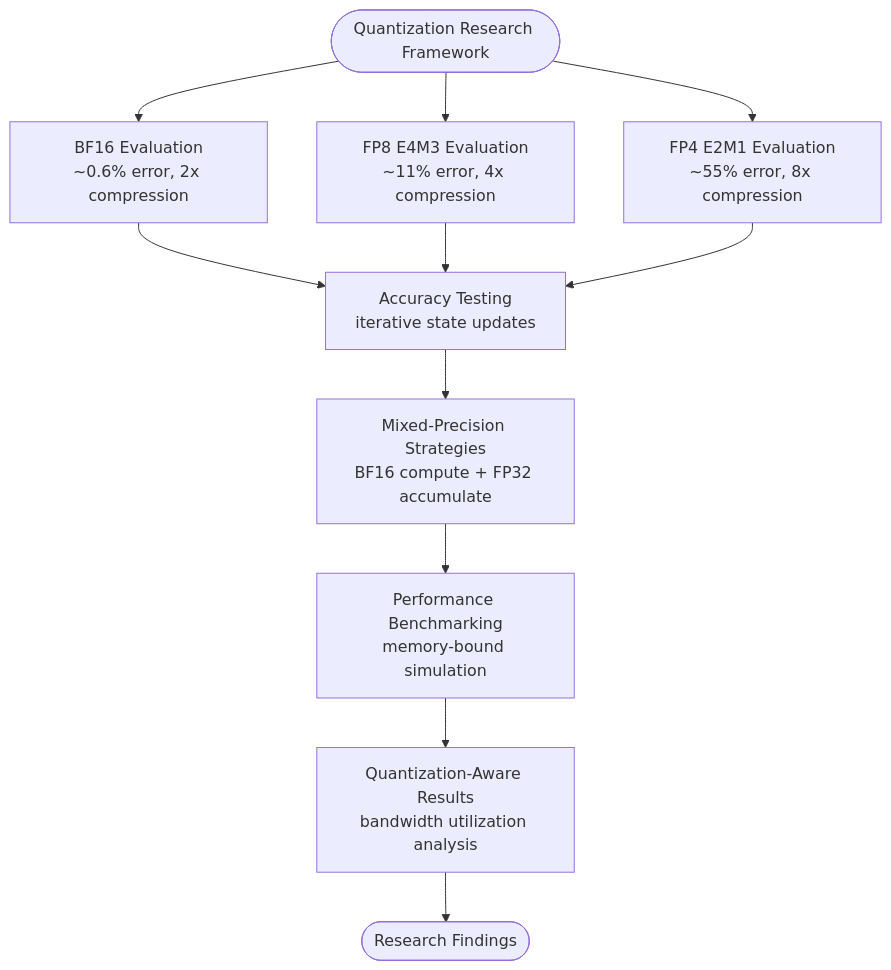
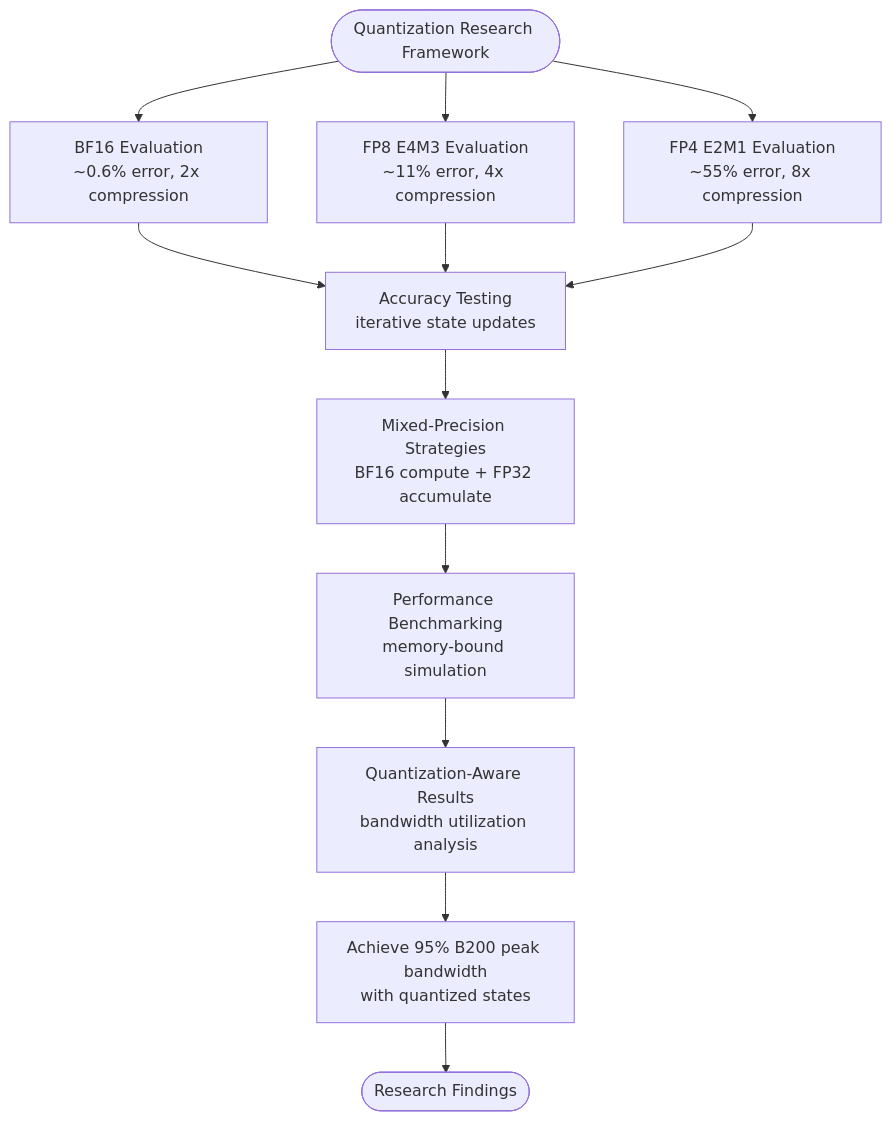
The fourth of 17 diagrams in .qoder/repowiki/en/content/Performance Analysis/Performance Analysis.md (gugudeshubao/flashinfer-bench-tma-thrust), drawn with Mermaid before and after one commit. The commit also changed other lines of this file and 21 other files, not shown here.

````diff
--- a/.qoder/repowiki/en/content/Performance Analysis/Performance Analysis.md
+++ b/.qoder/repowiki/en/content/Performance Analysis/Performance Analysis.md
@@ -417,13 +422,14 @@
 ```mermaid
 flowchart TD
 Start(["Quantization Research Framework"]) --> BF16["BF16 Evaluation<br/>~0.6% error, 2x compression"]
 Start --> FP8["FP8 E4M3 Evaluation<br/>~11% error, 4x compression"]
 Start --> FP4["FP4 E2M1 Evaluation<br/>~55% error, 8x compression"]
 BF16 --> Accuracy["Accuracy Testing<br/>iterative state updates"]
 FP8 --> Accuracy
 FP4 --> Accuracy
 Accuracy --> MixedPrec["Mixed-Precision Strategies<br/>BF16 compute + FP32 accumulate"]
 MixedPrec --> PerfBench["Performance Benchmarking<br/>memory-bound simulation"]
 PerfBench --> Results["Quantization-Aware Results<br/>bandwidth utilization analysis"]
-Results --> End(["Research Findings"])
+Results --> PeakAchievement["Achieve 95% B200 peak bandwidth<br/>with quantized states"]
+PeakAchievement --> End(["Research Findings"])
 ```
````
